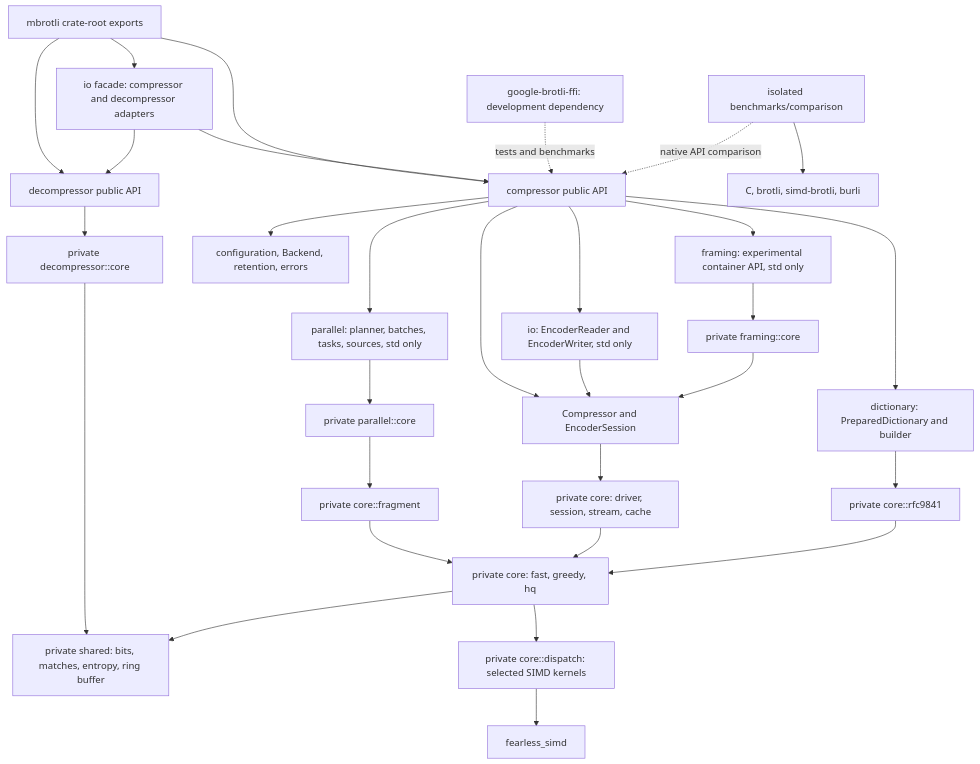
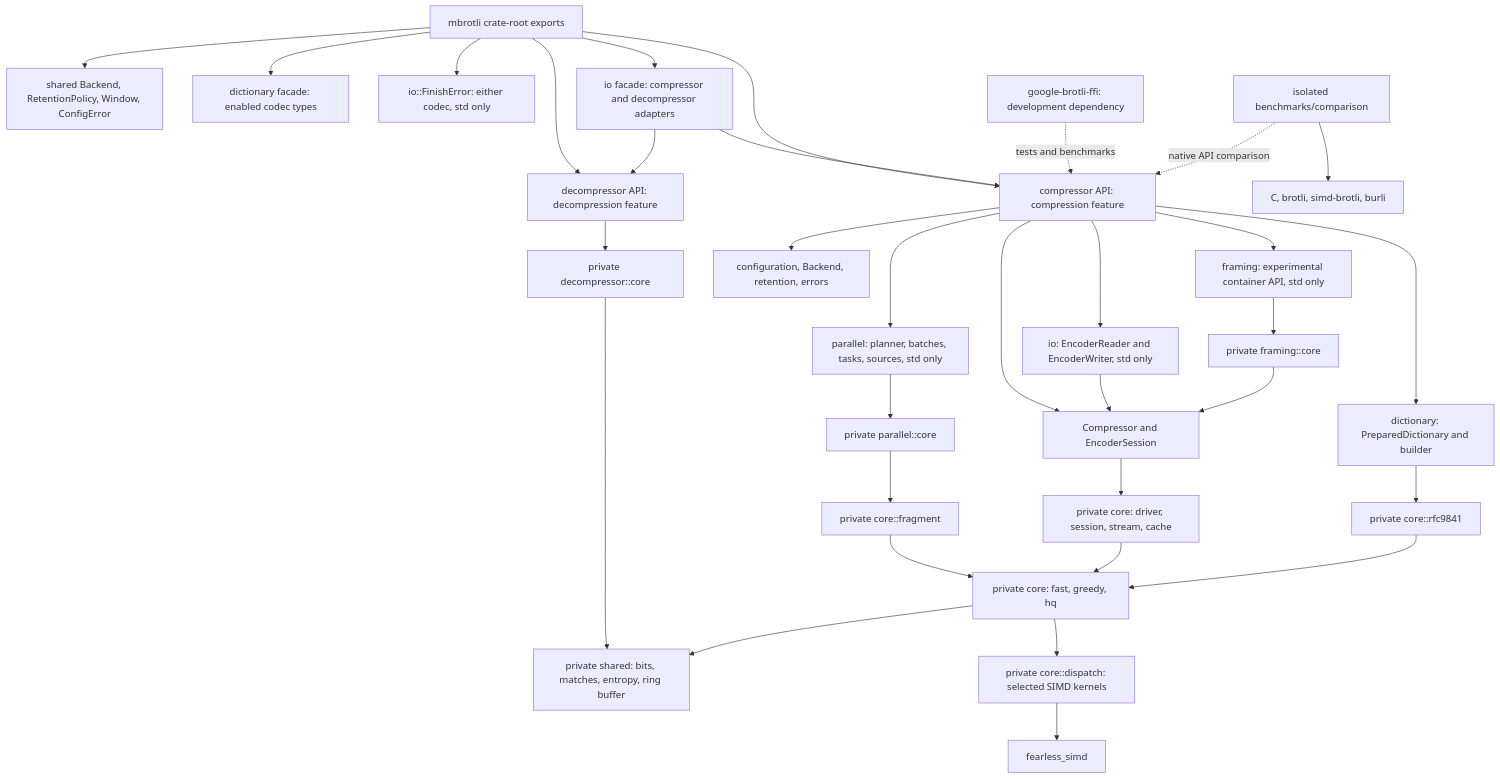
One commit to Mnwa/mbrotli changed the diagram in architecture/README.md. Above: the diagram before and after it, drawn with Mermaid. The commit also changed other lines of this file and 68 other files, not shown here.

````diff
--- a/architecture/README.md
+++ b/architecture/README.md
@@ -33,32 +34,35 @@
 ```mermaid
 graph TD
-    Root[mbrotli crate-root exports] --> API[compressor public API]
-    Root --> Decode[decompressor public API]
+    Root[mbrotli crate-root exports] --> API[compressor API: compression feature]
+    Root --> Decode[decompressor API: decompression feature]
+    Root --> Common[shared Backend, RetentionPolicy, Window, ConfigError]
+    Root --> DictFacade[dictionary facade: enabled codec types]
+    Root --> Finish[io::FinishError: either codec, std only]
     Decode --> DecodeCore[private decompressor::core]
     DecodeCore --> Shared
     Root --> Facade[io facade: compressor and decompressor adapters]
     Facade --> Decode
     Facade --> API
     API --> Config[configuration, Backend, retention, errors]
     API --> Serial[Compressor and EncoderSession]
     API --> IO[io: EncoderReader and EncoderWriter, std only]
     API --> Dictionary[dictionary: PreparedDictionary and builder]
     API --> Parallel[parallel: planner, batches, tasks, sources, std only]
     API --> Framing[framing: experimental container API, std only]
     IO --> Serial
     Serial --> Stream[private core: driver, session, stream, cache]
     Dictionary --> RFC[private core::rfc9841]
     Framing --> FrameCore[private framing::core]
     FrameCore --> Serial
     Parallel --> ParallelCore[private parallel::core]
     ParallelCore --> Fragment[private core::fragment]
     Fragment --> Encoders[private core: fast, greedy, hq]
     Stream --> Encoders
     RFC --> Encoders
     Encoders --> Kernels[private core::dispatch: selected SIMD kernels]
     Encoders --> Shared[private shared: bits, matches, entropy, ring buffer]
     Kernels --> SIMD[fearless_simd]
     C[google-brotli-ffi: development dependency] -. tests and benchmarks .-> API
     Comparison[isolated benchmarks/comparison] -. native API comparison .-> API
     Comparison --> Competitors[C, brotli, simd-brotli, burli]
 ```
````
